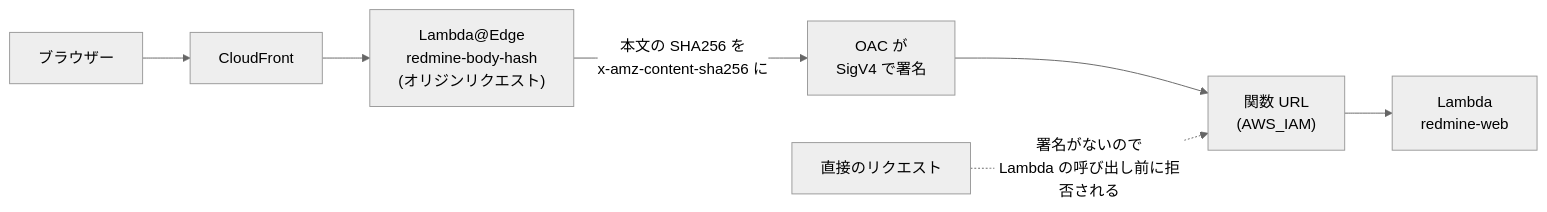
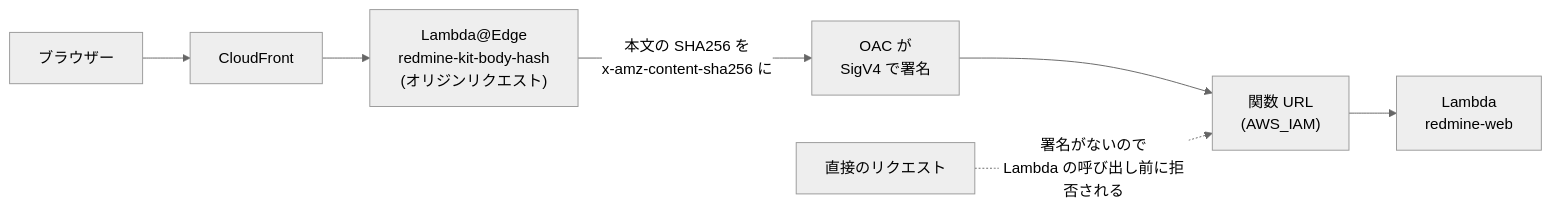
The second of 3 diagrams in docs/ja/lambda.md (redmine-kit/serverless), drawn with Mermaid (neutral theme) before and after one commit. The commit also changed other lines of this file and 34 other files, not shown here.

First line of the commit message:
Prefix the account's shared AWS resources with redmine-kit-

````diff
--- a/docs/ja/lambda.md
+++ b/docs/ja/lambda.md
@@ -344,9 +344,9 @@
 ```mermaid
 flowchart LR
   b["ブラウザー"] --> cf["CloudFront"]
-  cf --> edge["Lambda@Edge<br>redmine-body-hash<br>(オリジンリクエスト)"]
+  cf --> edge["Lambda@Edge<br>redmine-kit-body-hash<br>(オリジンリクエスト)"]
   edge -- "本文の SHA256 を<br>x-amz-content-sha256 に" --> oac["OAC が<br>SigV4 で署名"]
   oac --> url["関数 URL<br>(AWS_IAM)"]
   url --> app["Lambda<br>redmine-web"]
   direct["直接のリクエスト"] -. "署名がないので<br>Lambda の呼び出し前に拒否される" .-> url
 ```
````
